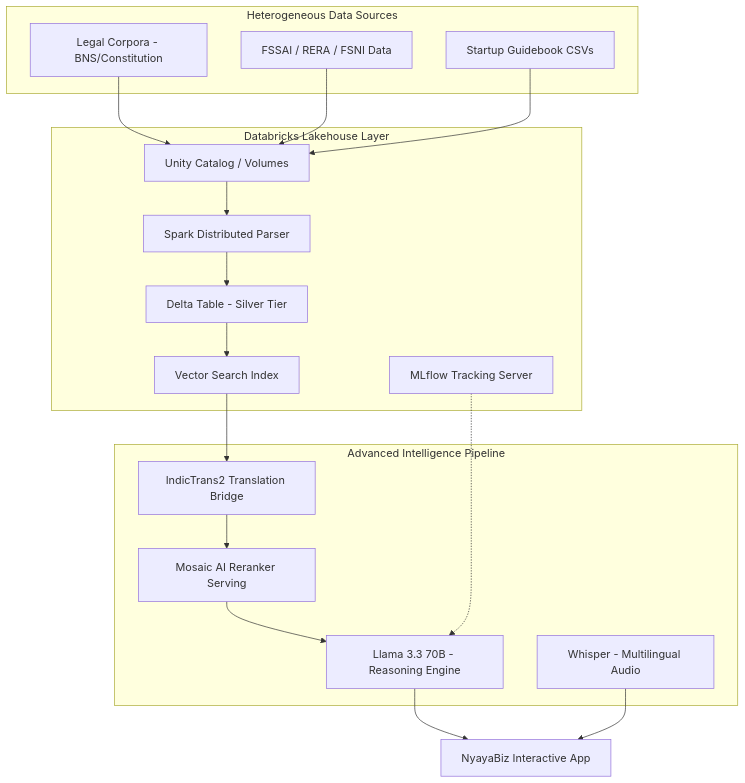
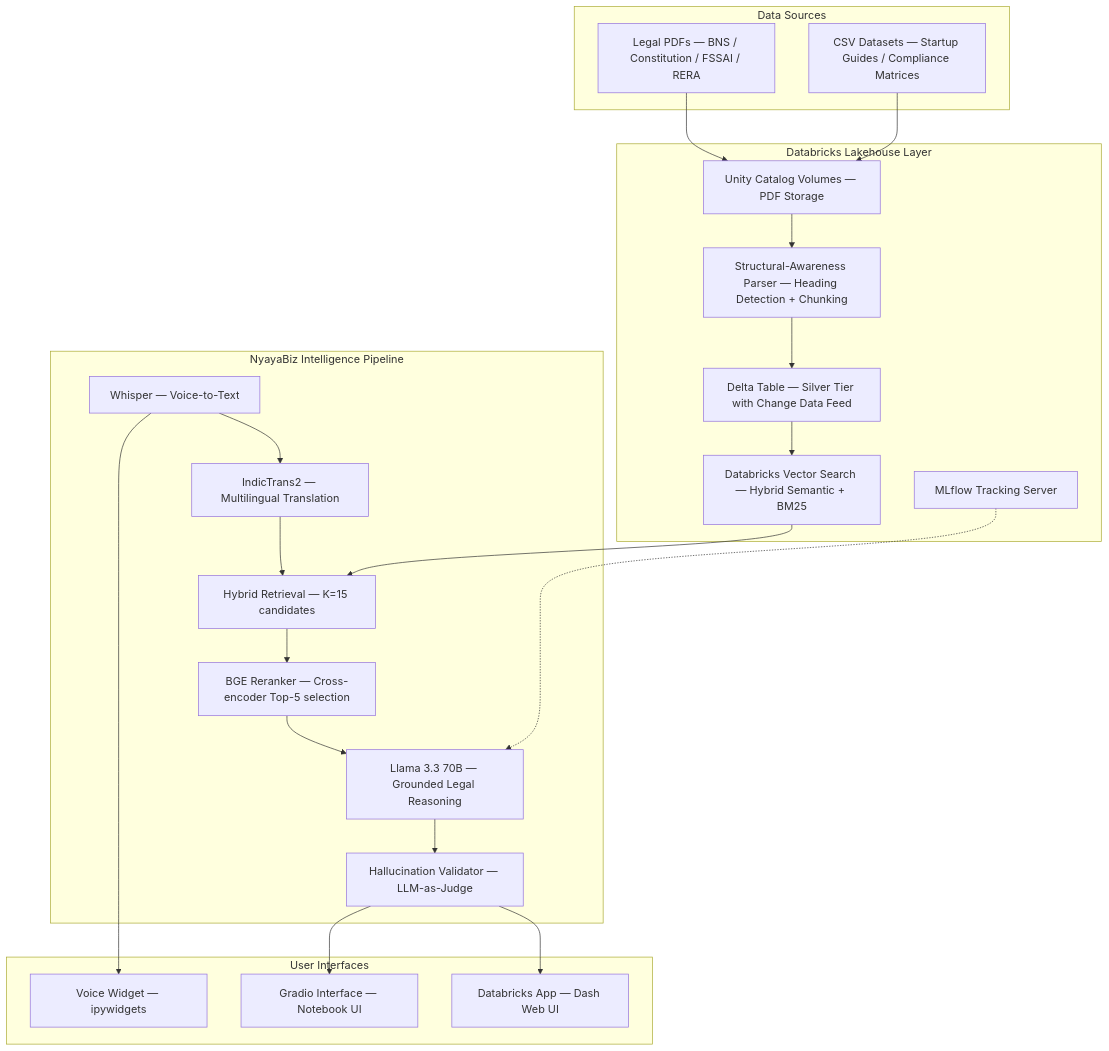
Before and after one commit to hardikhazari/ArthaNeeti: the first of 2 diagrams in README.md, drawn with Mermaid. The commit also changed other lines of this file, not shown here.

Commit message:
Rewrite README with detailed problem statement, architecture, file structure, and deployment guide

````diff
--- a/README.md
+++ b/README.md
@@ -54,34 +51,44 @@
 ```mermaid
 graph TD
-    subgraph "Heterogeneous Data Sources"
-        A1[Legal Corpora - BNS/Constitution]
-        A2[FSSAI / RERA / FSNI Data]
-        A3[Startup Guidebook CSVs]
+    subgraph "Data Sources"
+        A1[Legal PDFs — BNS / Constitution / FSSAI / RERA]
+        A2[CSV Datasets — Startup Guides / Compliance Matrices]
     end
 
     subgraph "Databricks Lakehouse Layer"
-        B1[Unity Catalog / Volumes]
-        B2[Spark Distributed Parser]
-        B3[Delta Table - Silver Tier]
-        B4[Vector Search Index]
+        B1[Unity Catalog Volumes — PDF Storage]
+        B2[Structural-Awareness Parser — Heading Detection + Chunking]
+        B3[Delta Table — Silver Tier with Change Data Feed]
+        B4[Databricks Vector Search — Hybrid Semantic + BM25]
         B5[MLflow Tracking Server]
     end
 
-    subgraph "Advanced Intelligence Pipeline"
-        C1[IndicTrans2 Translation Bridge]
-        C2[Mosaic AI Reranker Serving]
-        C3[Llama 3.3 70B - Reasoning Engine]
-        C4[Whisper - Multilingual Audio]
+    subgraph "NyayaBiz Intelligence Pipeline"
+        C0[IndicTrans2 — Multilingual Translation]
+        C1[Hybrid Retrieval — K=15 candidates]
+        C2[BGE Reranker — Cross-encoder Top-5 selection]
+        C3[Llama 3.3 70B — Grounded Legal Reasoning]
+        C4[Hallucination Validator — LLM-as-Judge]
+        C5[Whisper — Voice-to-Text]
     end
 
-    A1 & A2 & A3 --> B1
+    subgraph "User Interfaces"
+        D1[Databricks App — Dash Web UI]
+        D2[Gradio Interface — Notebook UI]
+        D3[Voice Widget — ipywidgets]
+    end
+
+    A1 & A2 --> B1
     B1 --> B2
     B2 --> B3
     B3 --> B4
     B4 --> C1
+    C0 --> C1
     C1 --> C2
     C2 --> C3
-    C3 --> D[NyayaBiz Interactive App]
-    C4 --> D
+    C3 --> C4
+    C4 --> D1 & D2
+    C5 --> C0
+    C5 --> D3
     B5 -.-> C3
 ```
````
